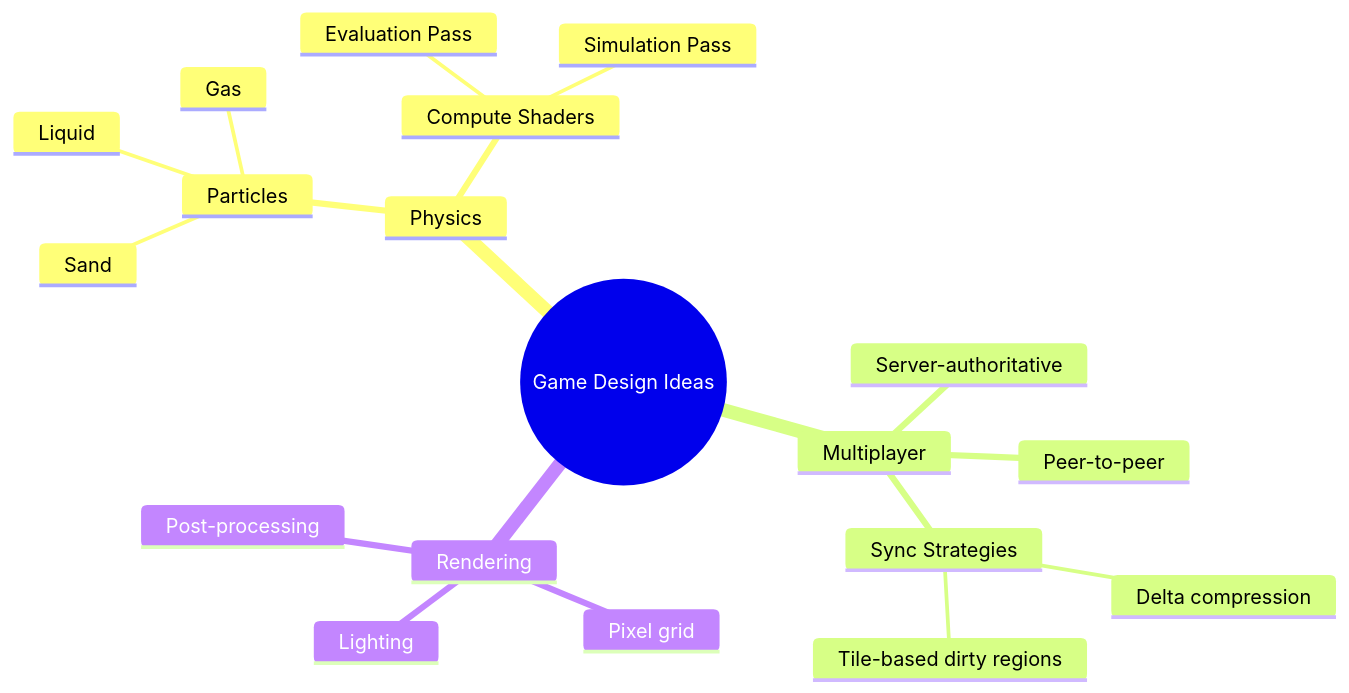
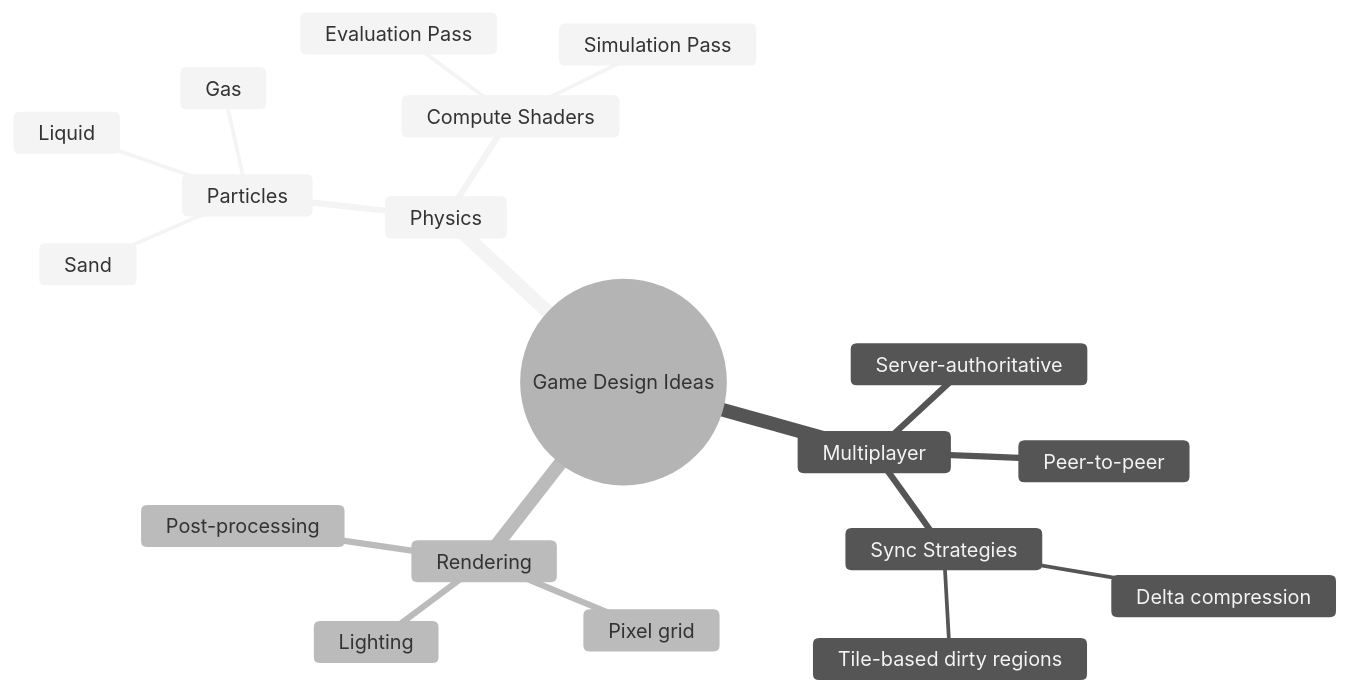
One commit to henrimartins250/web-sand changed the diagram in README.md. Above: the diagram before and after it, drawn with Mermaid.

Commit message:
fix: fixed mermaid diagram being unreadable
Added a mindmap for game design ideas in README.

`````diff
--- a/README.md
+++ b/README.md
@@ -4,23 +4,27 @@
 ````mermaid
+
+%%{init:
+ {'theme':'neutral'}
+}%%
 mindmap
   root((Game Design Ideas))
     Physics
       Particles
         Sand
         Liquid
         Gas
       Compute Shaders
         Evaluation Pass
         Simulation Pass
     Multiplayer
       Peer-to-peer
       Server-authoritative
       Sync Strategies
         Delta compression
         Tile-based dirty regions
     Rendering
       Pixel grid
       Lighting
       Post-processing
 
 ````
`````
